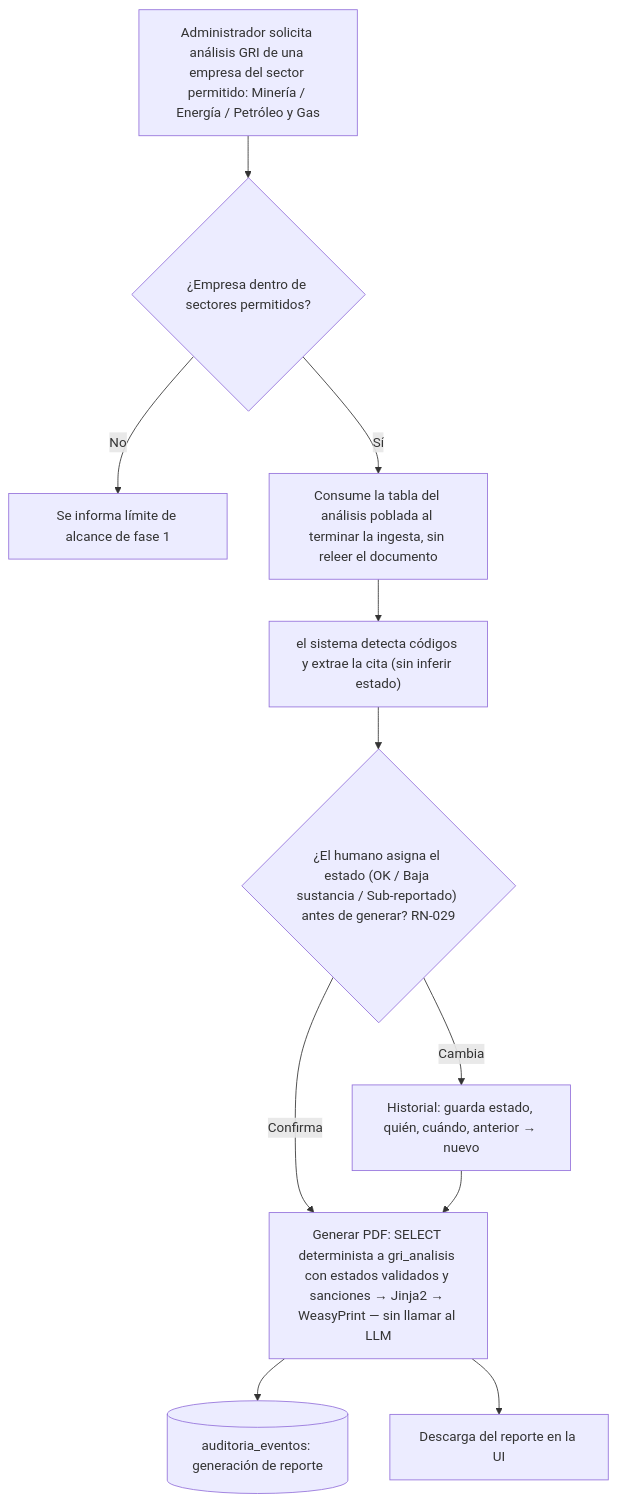
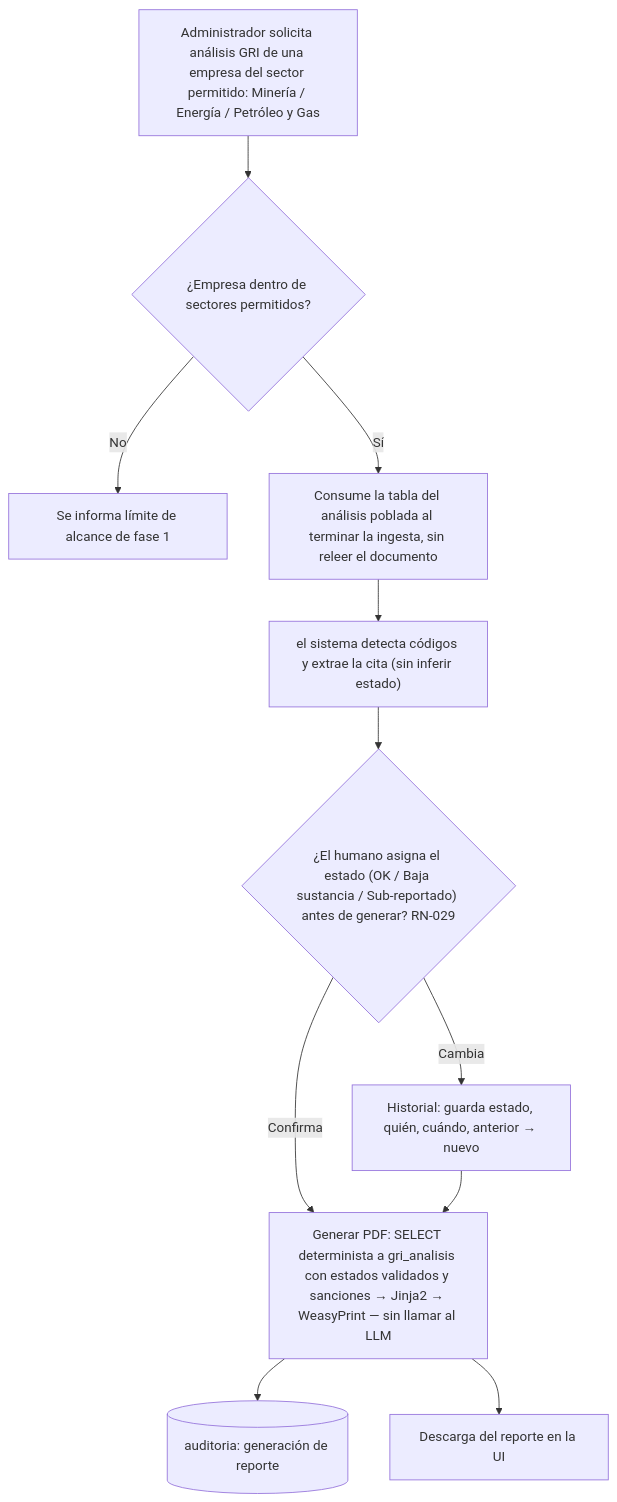
One commit to lFunkwnon01/igualab_md changed the third of 3 diagrams in FASE 1/01-Analisis-y-Diseno/03-Diagramas-de-Procesos-TO-BE.md. Above: the diagram before and after it, drawn with Mermaid. The commit also changed other lines of this file and 47 other files, not shown here.

First line of the commit message:
docs: alinea el vault completo al A&D V2 + limpieza y graphify

````diff
--- a/FASE 1/01-Analisis-y-Diseno/03-Diagramas-de-Procesos-TO-BE.md
+++ b/FASE 1/01-Analisis-y-Diseno/03-Diagramas-de-Procesos-TO-BE.md
@@ -48,14 +48,14 @@
 ```mermaid
 flowchart TD
     S["Administrador solicita análisis GRI de una empresa del sector permitido: Minería / Energía / Petróleo y Gas"]
     S --> R1{"¿Empresa dentro de sectores permitidos?"}
     R1 -- No --> DEN["Se informa límite de alcance de fase 1"]
     R1 -- Sí --> RAW["Consume la tabla del análisis poblada al terminar la ingesta, sin releer el documento"]
     RAW --> SUG["el sistema detecta códigos y extrae la cita (sin inferir estado)"]
     SUG --> HUM{"¿El humano asigna el estado (OK / Baja sustancia / Sub-reportado) antes de generar? RN-029"}
     HUM -- Cambia --> REG["Historial: guarda estado, quién, cuándo, anterior → nuevo"]
     HUM -- Confirma --> GEN
     REG --> GEN["Generar PDF: SELECT determinista a gri_analisis con estados validados y sanciones → Jinja2 → WeasyPrint — sin llamar al LLM"]
-    GEN --> AUD2[("auditoria_eventos: generación de reporte")]
+    GEN --> AUD2[("auditoria: generación de reporte")]
     GEN --> DL["Descarga del reporte en la UI"]
 ```
````
